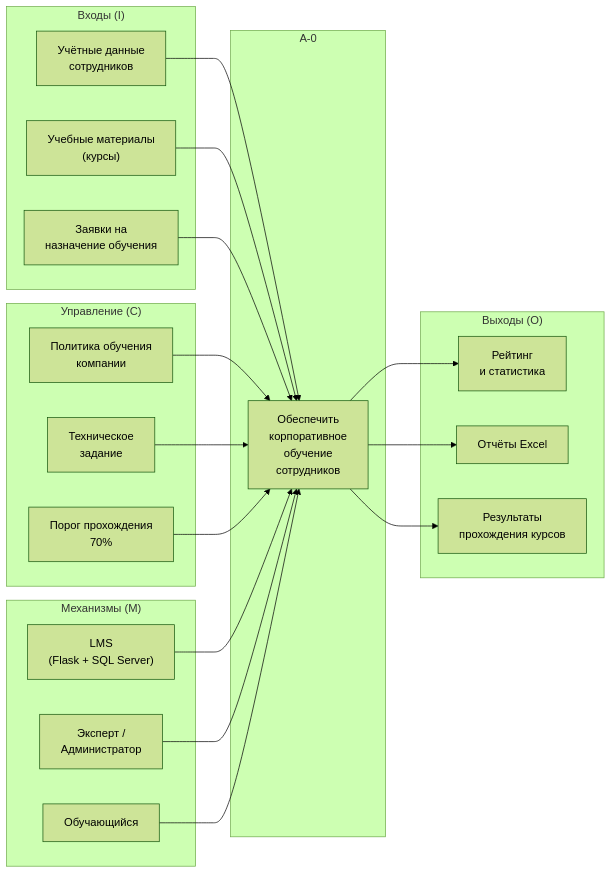
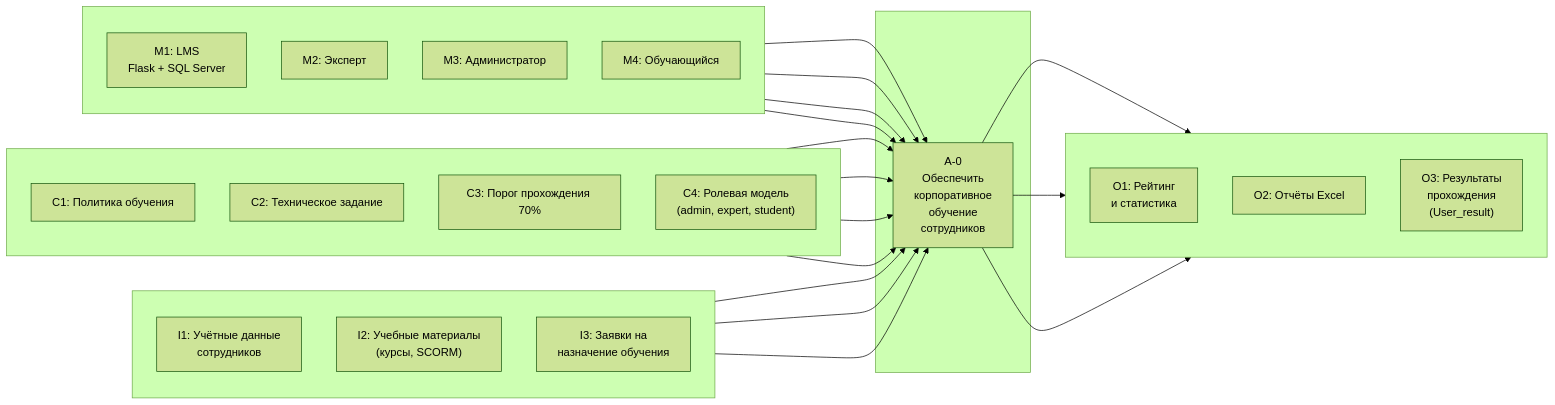
One commit to nouonoo/edu_course changed the first of 3 diagrams in docs/проектная_документация/Приложение_Г_IDEF0.md. Above: the diagram before and after it, drawn with Mermaid (forest theme). The commit also changed other lines of this file and 10 other files, not shown here.

First line of the commit message:
Дополнить проектную документацию UML-диаграммами и описанием реализации

````diff
--- a/docs/проектная_документация/Приложение_Г_IDEF0.md
+++ b/docs/проектная_документация/Приложение_Г_IDEF0.md
@@ -13,43 +16,51 @@
 ```mermaid
 flowchart LR
-    subgraph inputs["Входы (I)"]
-        I1["Учётные данные\nсотрудников"]
-        I2["Учебные материалы\n(курсы)"]
-        I3["Заявки на\nназначение обучения"]
+    subgraph IN[" "]
+        direction TB
+        I1["I1: Учётные данные\nсотрудников"]
+        I2["I2: Учебные материалы\n(курсы, SCORM)"]
+        I3["I3: Заявки на\nназначение обучения"]
     end
 
-    subgraph process["A-0"]
-        A0["Обеспечить\nкорпоративное\nобучение\nсотрудников"]
+    subgraph BOX[" "]
+        A0["A-0\nОбеспечить\nкорпоративное\nобучение\nсотрудников"]
     end
 
-    subgraph controls["Управление (C)"]
-        C1["Политика обучения\nкомпании"]
-        C2["Техническое\nзадание"]
-        C3["Порог прохождения\n70%"]
+    subgraph OUT[" "]
+        direction TB
+        O1["O1: Рейтинг\nи статистика"]
+        O2["O2: Отчёты Excel"]
+        O3["O3: Результаты\nпрохождения\n(User_result)"]
     end
 
-    subgraph mechanisms["Механизмы (M)"]
-        M1["LMS\n(Flask + SQL Server)"]
-        M2["Эксперт /\nАдминистратор"]
-        M3["Обучающийся"]
+    subgraph CTL[" "]
+        direction TB
+        C1["C1: Политика обучения"]
+        C2["C2: Техническое задание"]
+        C3["C3: Порог прохождения 70%"]
+        C4["C4: Ролевая модель\n(admin, expert, student)"]
     end
 
-    subgraph outputs["Выходы (O)"]
-        O1["Рейтинг\nи статистика"]
-        O2["Отчёты Excel"]
-        O3["Результаты\nпрохождения курсов"]
+    subgraph MEC[" "]
+        direction TB
+        M1["M1: LMS\nFlask + SQL Server"]
+        M2["M2: Эксперт"]
+        M3["M3: Администратор"]
+        M4["M4: Обучающийся"]
     end
 
     I1 --> A0
     I2 --> A0
     I3 --> A0
     C1 --> A0
     C2 --> A0
     C3 --> A0
+    C4 --> A0
     M1 --> A0
     M2 --> A0
     M3 --> A0
+    M4 --> A0
     A0 --> O1
     A0 --> O2
     A0 --> O3
 ```
````
